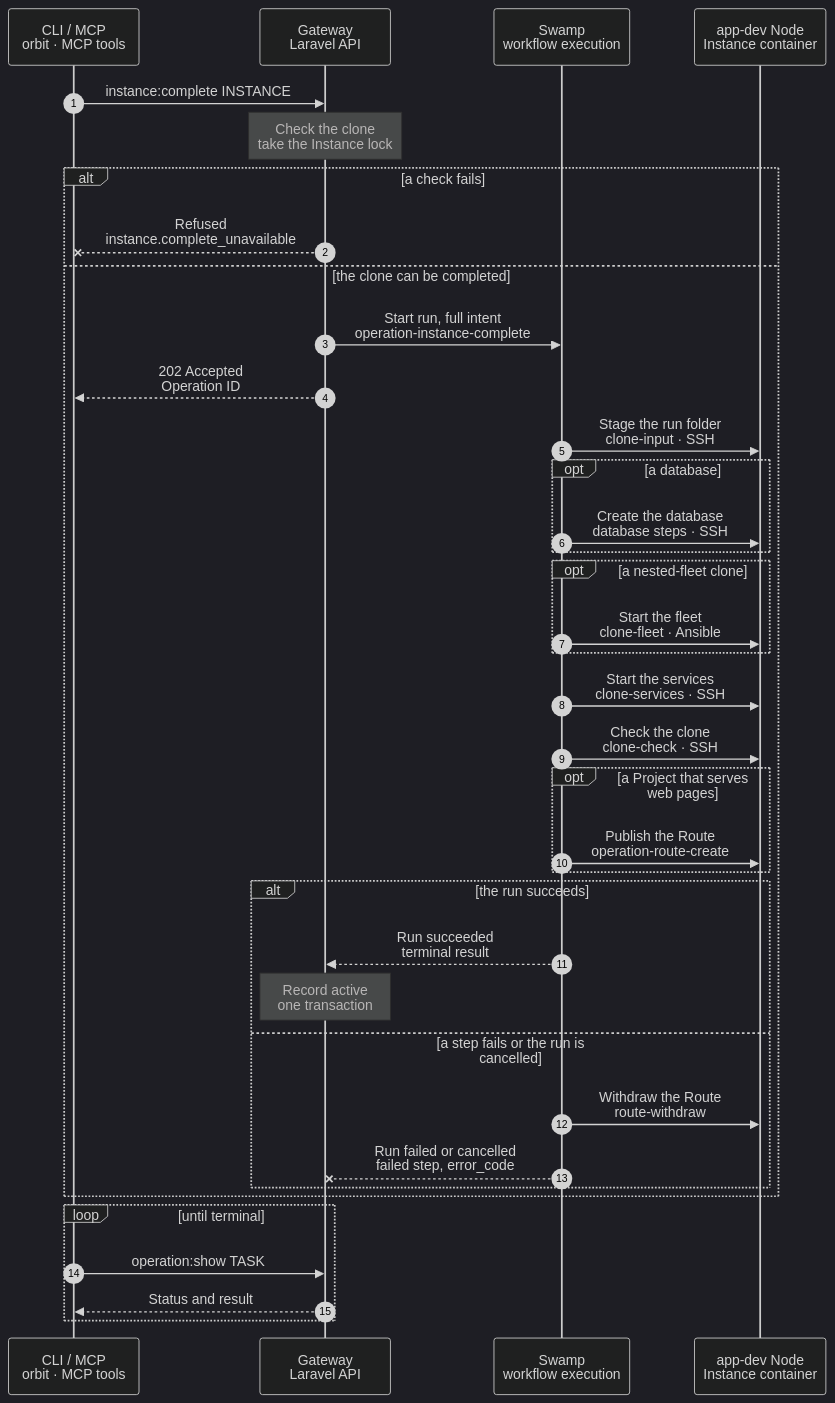
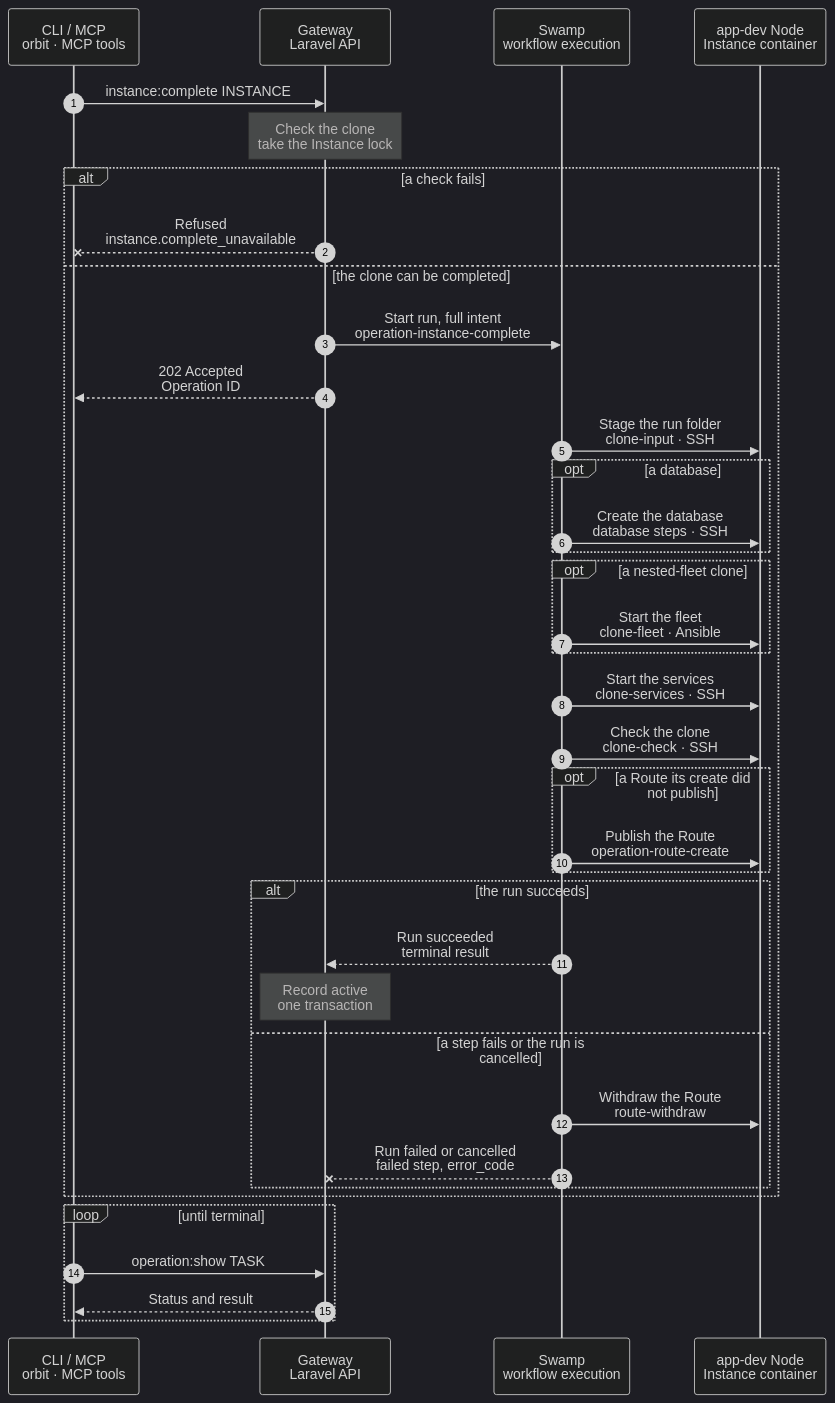
The diagram in docs/cli/instance/complete.mmd (hardimpactdev/orbit), drawn with Mermaid (dark theme) before and after one commit. The commit also changed 8 other files, not shown here.

First line of the commit message:
docs(instances): a clone publishes its address during its create when its Route Nodes are free

```diff
--- a/docs/cli/instance/complete.mmd
+++ b/docs/cli/instance/complete.mmd
@@ -1,100 +1,104 @@
 sequenceDiagram
-  %% Target design (docs/reference/development-containers.md#complete-a-clone and #a-clone-create-is-two-operations): the second Operation of a clone create. It starts the Processes, fills the database, starts a nested fleet, publishes the Route and checks the clone; only its success makes the clone `active`.
-  %% status: reviewed
+  %% Target design (docs/reference/development-containers.md#complete-a-clone and #a-clone-create-is-two-operations): the second Operation of a clone create. It starts the Processes, fills the database, starts a nested fleet, publishes the Route when its create did not, and checks the clone; only its success makes the clone `active`.
+  %% Decided by the owner (2026-11-14): the create publishes the address when its Route Nodes are free at admission (container/create.mmd). The completion publishes only a Route that is not published: Nodes held at the create's admission, a publication that failed in the create, or a retry after a failed publication.
+  %% status: draft
   %% command: instance:complete
   %% kind: instance.complete
   autonumber
   %% lane CL icon=terminal pill=caller tone=gray
   %% lane GW icon=gateway pill=intent tone=blue
   %% lane SW icon=workflow pill=executes tone=green
   %% lane N icon=server pill=target tone=amber
   participant CL as CLI / MCP<br/>orbit · MCP tools
   participant GW as Gateway<br/>Laravel API
   participant SW as Swamp<br/>workflow execution
   participant N as app-dev Node<br/>Instance container
   CL->>GW: instance:complete INSTANCE
   %%> Command:
   %%> - `orbit instance:complete 42`
   %%> - syntax: `instance:complete <instance> [--json]`
   %%> Callers:
   %%> - the command, to retry after a failed completion
   %%> - the create's terminal projection, in the same transaction that ends the create
   Note over GW: Check the clone<br/>take the Instance lock
   %%> Requirements:
   %%> - a container clone, `source_resolved`, with its starting commit recorded
   %%> - its T3 server is registered
   %%> - no other Operation holds the Instance
   %%> Captures:
-  %%> - the create's admitted database plan and Processes; the Route publication from the current site catalog
-  %%> - holds the publication Nodes, as Route create does
+  %%> - the create's admitted database plan and Processes
+  %%> - a Route whose sites are not published: its publication from the current site catalog, and its serving Nodes held from admission to the end, as Route create does
+  %%> - a Route the create published: no publication and no Node hold
   alt a check fails
     %% path: refused
     GW--xCL: Refused<br/>instance.complete_unavailable
     %%> Result:
     %%> - nothing changes; no Operation starts
     %%> - a held Instance lock refuses with `operation.target_busy`
   else the clone can be completed
     %% path: main
     GW->>SW: Start run, full intent<br/>operation-instance-complete
     GW-->>CL: 202 Accepted<br/>Operation ID
     SW->>N: Stage the run folder<br/>clone-input · SSH
     %%> What it does:
     %%> - writes this run's own private folder; the create's folder is not read
     opt a database
       SW->>N: Create the database<br/>database steps · SSH
       %%> What it does:
       %%> - the clone's own database on the default's server, then a copy of the default's data; the clone's own Valkey user beside it
       %%> On failure:
       %%> - `failed_step: database`
     end
     opt a nested-fleet clone
       SW->>N: Start the fleet<br/>clone-fleet · Ansible
       %%> What it does:
       %%> - starts the nested containers and waits for Doctor and the three agents
       %%> On failure:
       %%> - `failed_step: fleet` with the fleet phase's code
     end
     SW->>N: Start the services<br/>clone-services · SSH
     %%> What it does:
     %%> - PHP settings, file rights, Process files, web config, the Node store, then the units
     %%> - refuses when the checkout mark names another Instance
     %%> - writes no tracked file: the user's work in the checkout stays as it is
     %%> On failure:
     %%> - `failed_step: workspace`
     SW->>N: Check the clone<br/>clone-check · SSH
     %%> What it does:
     %%> - the checkout mark, the agent's Git identity, PHP and every running unit
     %%> On failure:
     %%> - a dead unit: `instance.container_process_inactive` with its `process_failure` receipt
-    opt a Project that serves web pages
+    opt a Route its create did not publish
       SW->>N: Publish the Route<br/>operation-route-create
       %%> When:
       %%> - in its own job, beside the container steps from the run's start
+      %%> - only when the admission captured the Route: Nodes held at the create's admission, `route_publication: failed`, or a retry after a failed publication
       %%> What it does:
       %%> - the Route create children unchanged: CSR, sign, site, TLS probe
       %%> On failure:
       %%> - `failed_step: route`
     end
     alt the run succeeds
       %% path: completed
       SW-->>GW: Run succeeded<br/>terminal result
       Note over GW: Record active<br/>one transaction
       %%> Result:
       %%> - the Route is `active`, then the Instance `active` with `first_setup_pending` false
     else a step fails or the run is cancelled
       %% path: failed
       SW->>N: Withdraw the Route<br/>route-withdraw
       %%> When:
-      %%> - only when a Route step ran; no half Route stays
+      %%> - only when this run's Route step ran; no half Route stays
+      %%> - an address the create published stays up, answering 502, until a retry or `instance:destroy`, which withdraws it; a retry that succeeds keeps it as it is
       SW--xGW: Run failed or cancelled<br/>failed step, error_code
       %%> Result:
       %%> - the Instance stays `source_resolved` with `failed_step` and `error_code`; the container keeps running and T3 keeps its thread
       %%> - `recovery.retry.command` is `instance:complete`; `instance:destroy` removes the clone
       %%> Retry:
       %%> - the same command runs the whole completion again, with the steps a create retry runs
     end
   end
   loop until terminal
     CL->>GW: operation:show TASK
     GW-->>CL: Status and result
   end
```
